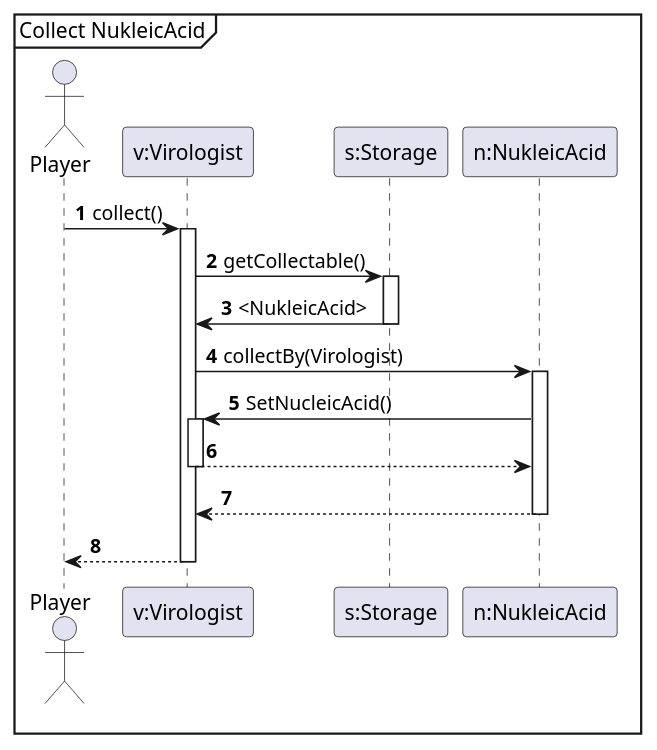
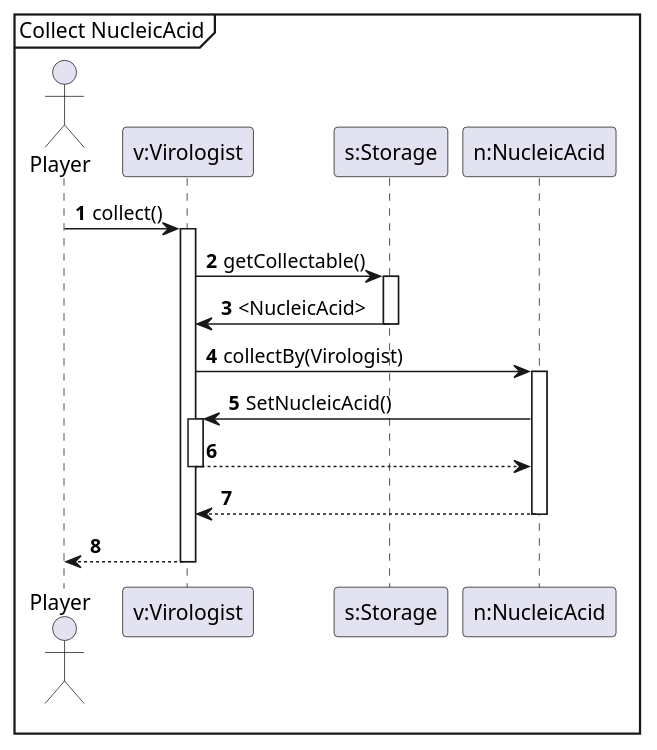
One commit to Projlab-csb/projlab-virologus changed the diagram in Exact Sequence-diagrams/CollectNukleicacid.puml. Above: the diagram before and after it, drawn with PlantUML. The commit also changed 2 other files, not shown here.

```diff
--- a/Exact Sequence-diagrams/CollectNukleicacid.puml
+++ b/Exact Sequence-diagrams/CollectNukleicacid.puml
@@ -1,30 +1,30 @@
 @startuml
 'https://plantuml.com/sequence-diagram
 
 autonumber
 
-mainframe Collect NukleicAcid
+mainframe Collect NucleicAcid
 
 actor Player
 
 Player -> "v:Virologist": collect()
 Activate "v:Virologist"
 
 "v:Virologist" -> "s:Storage": getCollectable()
 Activate "s:Storage"
-"s:Storage" -> "v:Virologist": <NukleicAcid>
+"s:Storage" -> "v:Virologist": <NucleicAcid>
 'Ide sztem Matter illene jobban, csak hát az absztrakt...
 Deactivate "s:Storage"
 
-"v:Virologist" -> "n:NukleicAcid": collectBy(Virologist)
-Activate "n:NukleicAcid"
+"v:Virologist" -> "n:NucleicAcid": collectBy(Virologist)
+Activate "n:NucleicAcid"
 
-"n:NukleicAcid" -> "v:Virologist" ++: SetNucleicAcid()
-"v:Virologist"--> "n:NukleicAcid" --
+"n:NucleicAcid" -> "v:Virologist" ++: SetNucleicAcid()
+"v:Virologist"--> "n:NucleicAcid" --
 
-"n:NukleicAcid" --> "v:Virologist":
-Deactivate "n:NukleicAcid"
+"n:NucleicAcid" --> "v:Virologist":
+Deactivate "n:NucleicAcid"
 "v:Virologist" --> Player
 Deactivate "v:Virologist"
 
 @enduml
```
